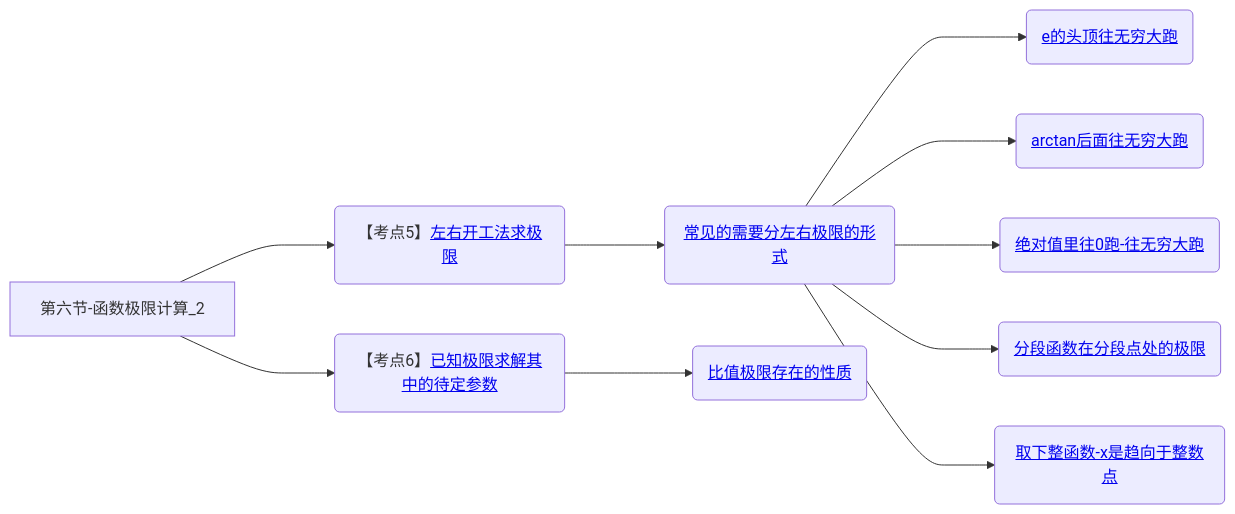
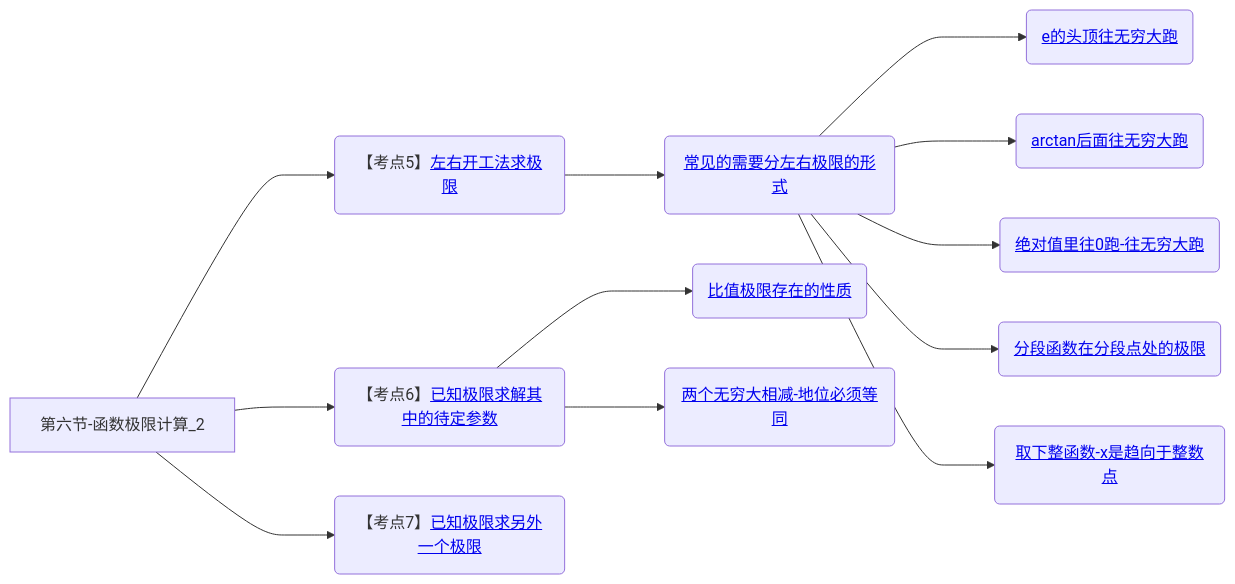
The sixth of 6 diagrams in 笔记/数学/周洋鑫/01.基础班思维导图.md (yuebinghui/note), drawn with Mermaid before and after one commit. The commit also changed 6 other files, not shown here.

````diff
--- a/笔记/数学/周洋鑫/01.基础班思维导图.md
+++ b/笔记/数学/周洋鑫/01.基础班思维导图.md
@@ -226,17 +226,20 @@
 ```mermaid
 graph LR
 第六节-函数极限计算_2
 
 第六节-函数极限计算_2--->左右开工法求极限(【考点5】<a href="/Users/yuebinghui/Documents/program/github/note/笔记/数学/周洋鑫/基础班/06.函数极限计算_2.md#左右开工法求极限">左右开工法求极限</>)
 左右开工法求极限--->常见的需要分左右极限的形式(<a href="/Users/yuebinghui/Documents/program/github/note/笔记/数学/周洋鑫/基础班/06.函数极限计算_2.md#常见的需要分左右极限的形式">常见的需要分左右极限的形式</>)
 常见的需要分左右极限的形式--->e的头顶往无穷大跑(<a href="/Users/yuebinghui/Documents/program/github/note/笔记/数学/周洋鑫/基础班/06.函数极限计算_2.md#e的头顶往无穷大跑">e的头顶往无穷大跑</>)
 常见的需要分左右极限的形式--->arctan后面往无穷大跑(<a href="/Users/yuebinghui/Documents/program/github/note/笔记/数学/周洋鑫/基础班/06.函数极限计算_2.md#arctan后面往无穷大跑">arctan后面往无穷大跑</>)
 常见的需要分左右极限的形式--->绝对值里往0跑(<a href="/Users/yuebinghui/Documents/program/github/note/笔记/数学/周洋鑫/基础班/06.函数极限计算_2.md#绝对值里往0跑">绝对值里往0跑-往无穷大跑</>)
 常见的需要分左右极限的形式--->分段函数在分段点处的极限(<a href="/Users/yuebinghui/Documents/program/github/note/笔记/数学/周洋鑫/基础班/06.函数极限计算_2.md#分段函数在分段点处的极限">分段函数在分段点处的极限</>)
 常见的需要分左右极限的形式--->取整函数(<a href="/Users/yuebinghui/Documents/program/github/note/笔记/数学/周洋鑫/基础班/06.函数极限计算_2.md#取整函数">取下整函数-x是趋向于整数点</>)
 
 第六节-函数极限计算_2--->已知极限求解其中的待定参数(【考点6】<a href="/Users/yuebinghui/Documents/program/github/note/笔记/数学/周洋鑫/基础班/06.函数极限计算_2.md#已知极限求解其中的待定参数">已知极限求解其中的待定参数</>)
 已知极限求解其中的待定参数--->比值极限存在的性质(<a href="/Users/yuebinghui/Documents/program/github/note/笔记/数学/周洋鑫/基础班/06.函数极限计算_2.md#比值极限存在的性质">比值极限存在的性质</>)
+已知极限求解其中的待定参数--->两个无穷大相减-地位必须等同(<a href="/Users/yuebinghui/Documents/program/github/note/笔记/数学/周洋鑫/基础班/06.函数极限计算_2.md#两个无穷大相减-地位必须等同">两个无穷大相减-地位必须等同</>)
+
+第六节-函数极限计算_2--->已知极限求另外一个极限(【考点7】<a href="/Users/yuebinghui/Documents/program/github/note/笔记/数学/周洋鑫/基础班/06.函数极限计算_2.md#已知极限求另外一个极限">已知极限求另外一个极限</>)
 
 
 ```
````
